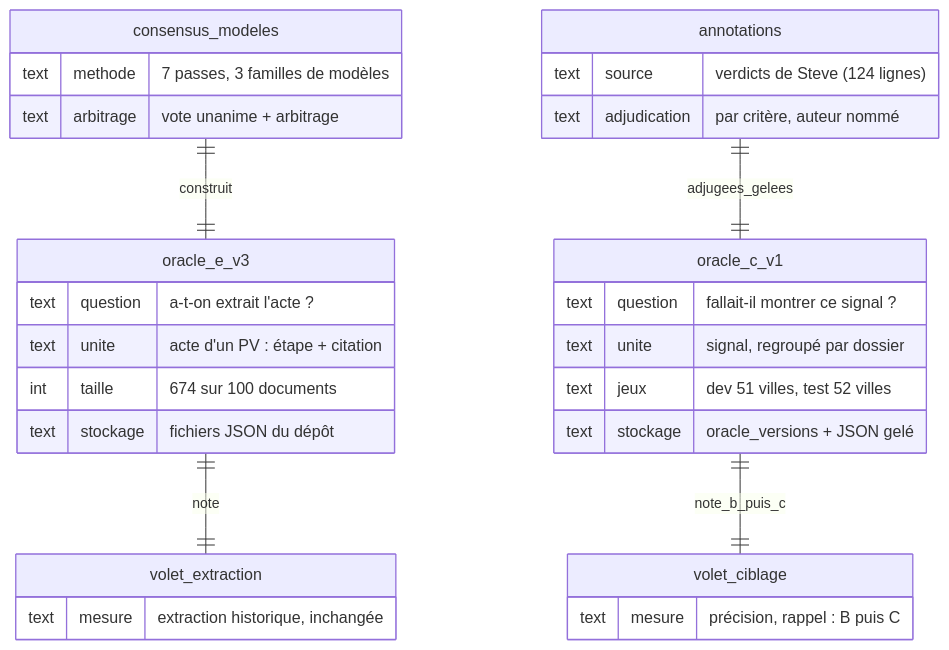
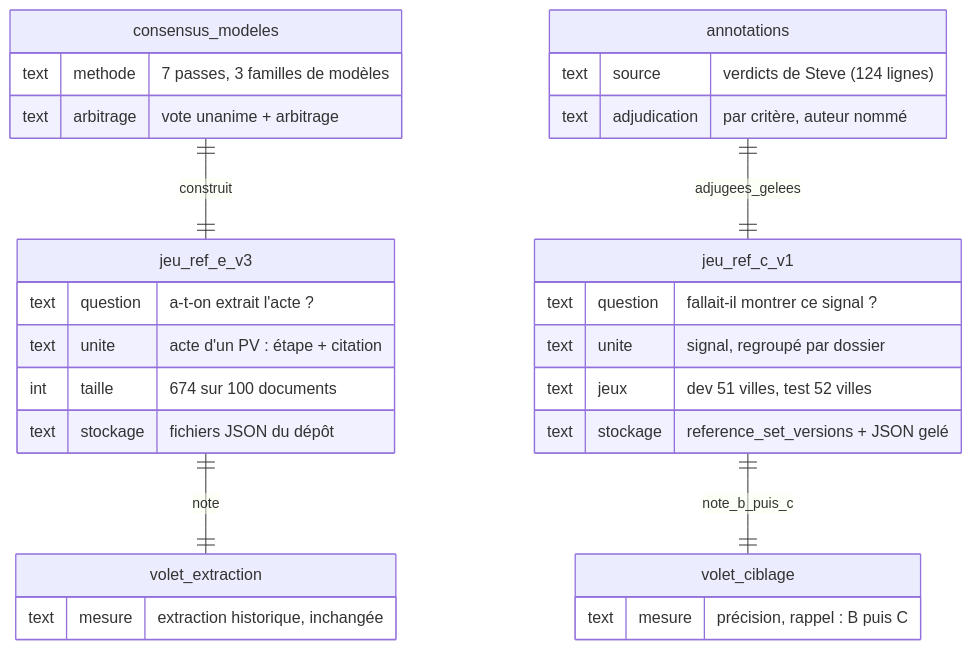
Before and after one commit to rhanka/radar-immobilier: the seventh of 22 diagrams in docs/spec/reports/dossier-retours-steve/DOSSIER_DECISION_RETOURS_STEVE_2026-10-03.md, drawn with Mermaid. The commit also changed other lines of this file and 47 other files, not shown here.

````diff
--- a/docs/spec/reports/dossier-retours-steve/DOSSIER_DECISION_RETOURS_STEVE_2026-10-03.md
+++ b/docs/spec/reports/dossier-retours-steve/DOSSIER_DECISION_RETOURS_STEVE_2026-10-03.md
@@ -1112,33 +1165,33 @@
 ```mermaid
 erDiagram
-    consensus_modeles ||--|| oracle_e_v3 : construit
-    annotations ||--|| oracle_c_v1 : adjugees_gelees
-    oracle_e_v3 ||--|| volet_extraction : note
-    oracle_c_v1 ||--|| volet_ciblage : note_b_puis_c
+    consensus_modeles ||--|| jeu_ref_e_v3 : construit
+    annotations ||--|| jeu_ref_c_v1 : adjugees_gelees
+    jeu_ref_e_v3 ||--|| volet_extraction : note
+    jeu_ref_c_v1 ||--|| volet_ciblage : note_b_puis_c
     consensus_modeles {
       text methode "7 passes, 3 familles de modèles"
       text arbitrage "vote unanime + arbitrage"
     }
     annotations {
       text source "verdicts de Steve (124 lignes)"
       text adjudication "par critère, auteur nommé"
     }
-    oracle_e_v3 {
+    jeu_ref_e_v3 {
       text question "a-t-on extrait l'acte ?"
       text unite "acte d'un PV : étape + citation"
       int taille "674 sur 100 documents"
       text stockage "fichiers JSON du dépôt"
     }
-    oracle_c_v1 {
+    jeu_ref_c_v1 {
       text question "fallait-il montrer ce signal ?"
       text unite "signal, regroupé par dossier"
       text jeux "dev 51 villes, test 52 villes"
-      text stockage "oracle_versions + JSON gelé"
+      text stockage "reference_set_versions + JSON gelé"
     }
     volet_extraction {
       text mesure "extraction historique, inchangée"
     }
     volet_ciblage {
       text mesure "précision, rappel : B puis C"
     }
 ```
````
